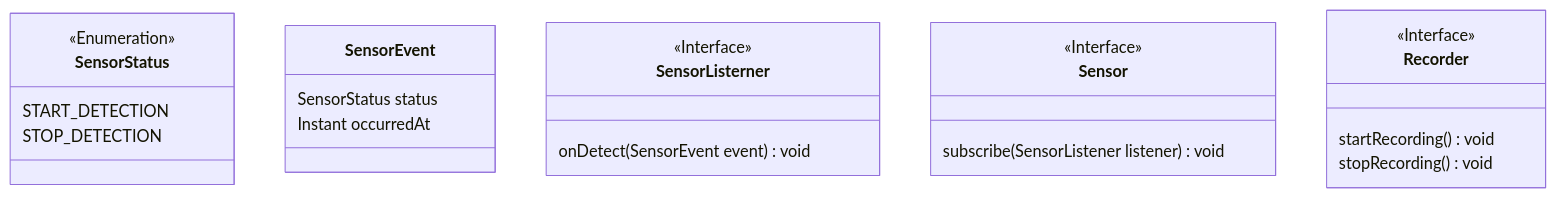
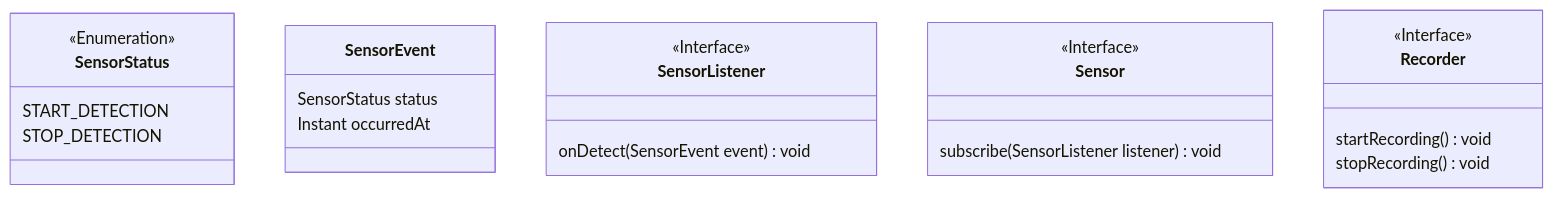
One commit to myugen/surveillance-kata changed the diagram in README.md. Above: the diagram before and after it, drawn with Mermaid.

Commit message:
✏️ fix typo Listerner > Listener

````diff
--- a/README.md
+++ b/README.md
@@ -19,30 +19,30 @@
 ```mermaid
 classDiagram
     class SensorStatus {
         <<Enumeration>>
         START_DETECTION
         STOP_DETECTION
     }
 
     class SensorEvent {
         SensorStatus status
         Instant occurredAt
     }
 
-    class SensorListerner {
+    class SensorListener {
         <<Interface>>
         onDetect(SensorEvent event) void
     }
 
     class Sensor {
         <<Interface>>
         subscribe(SensorListener listener) void
     }
 
     class Recorder {
         <<Interface>>
         startRecording() void
         stopRecording() void
     }
 
 ```
````
